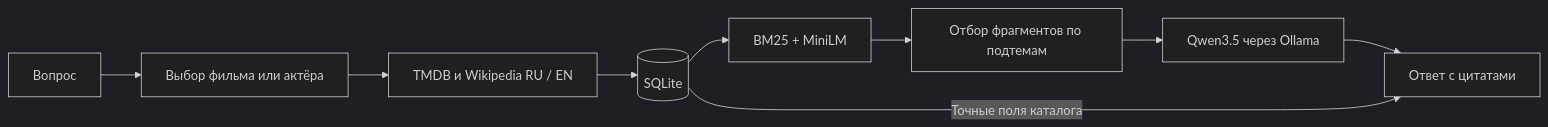
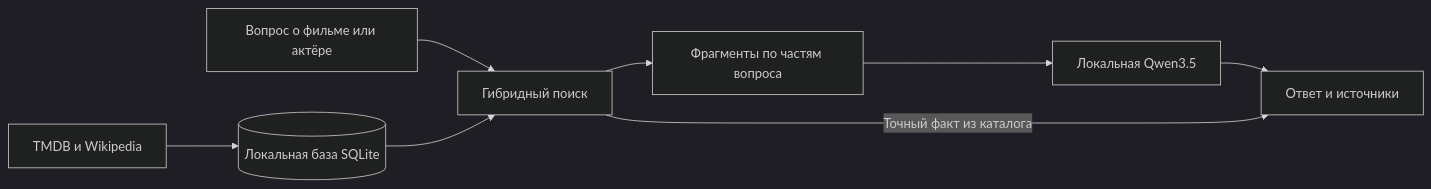
Before and after one commit to dud0k3/movie-rag: the diagram in README.md, drawn with Mermaid (dark theme). The commit also changed other lines of this file and 5 other files, not shown here.

````diff
--- a/README.md
+++ b/README.md
@@ -50,11 +42,10 @@
 ```mermaid
 flowchart LR
-    Q[Вопрос] --> E[Выбор фильма или актёра]
-    E --> S[TMDB и Wikipedia RU / EN]
-    S --> DB[(SQLite)]
-    DB --> R[BM25 + MiniLM]
-    R --> P[Отбор фрагментов по подтемам]
-    P --> M[Qwen3.5 через Ollama]
-    M --> A[Ответ с цитатами]
-    DB -->|Точные поля каталога| A
+    S[TMDB и Wikipedia] --> DB[(Локальная база SQLite)]
+    Q[Вопрос о фильме или актёре] --> R[Гибридный поиск]
+    DB --> R
+    R --> P[Фрагменты по частям вопроса]
+    P --> M[Локальная Qwen3.5]
+    M --> A[Ответ и источники]
+    R -->|Точный факт из каталога| A
 ```
````
